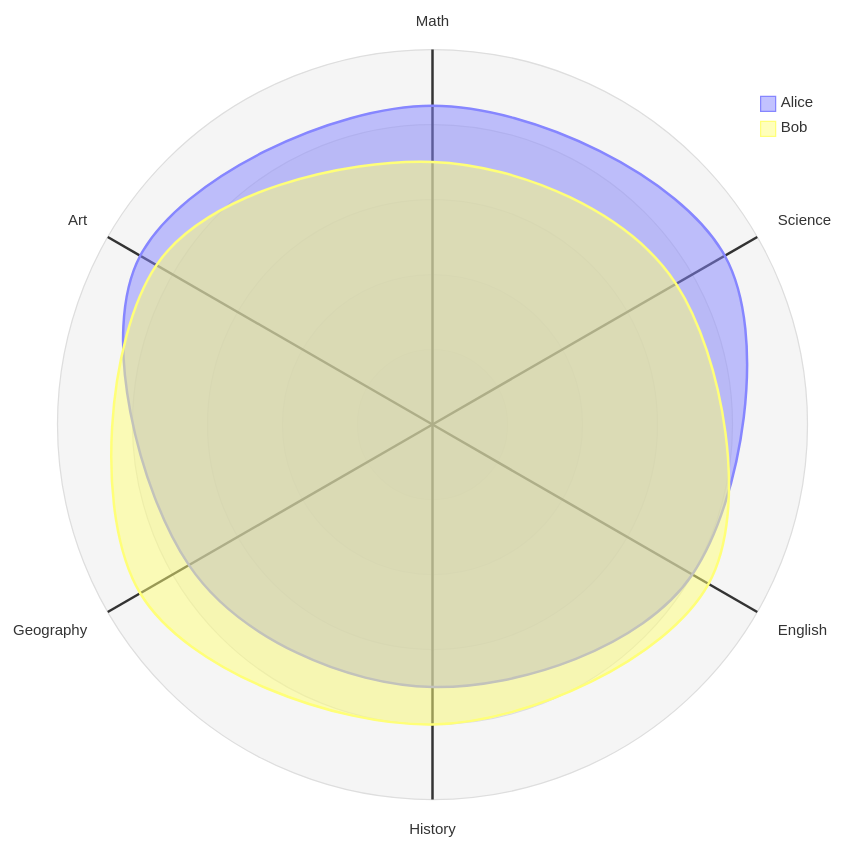
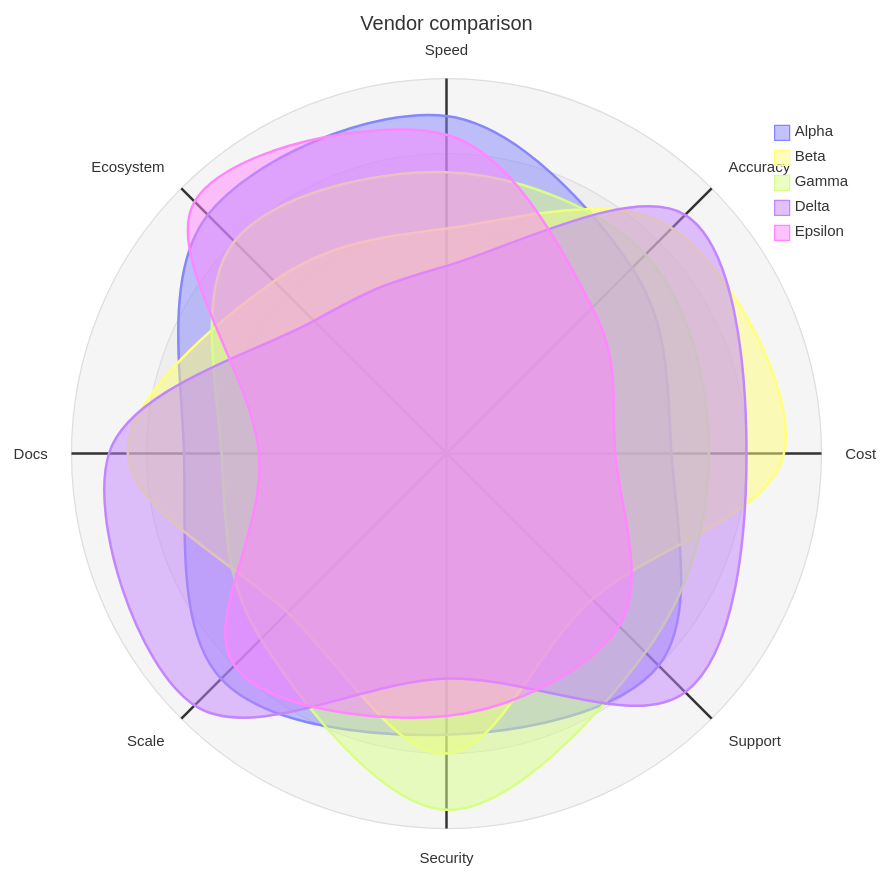
Before and after one commit to sizhky/vyasa: the ninth of 37 diagrams in vyasa manual/mermaid-diagrams.md, drawn with Mermaid. The commit also changed other lines of this file, not shown here.

Commit message:
Manual: Mermaid page covers every pele diagram type with a large example each, and describes pele theming in place of mermaid.js re-rendering

````diff
--- a/vyasa manual/mermaid-diagrams.md
+++ b/vyasa manual/mermaid-diagrams.md
@@ -347,16 +616,23 @@
 ```mermaid
 ---
 width: 85vw
 ---
----
-title: "Grades"
----
 radar-beta
-  axis m["Math"], s["Science"], e["English"]
-  axis h["History"], g["Geography"], a["Art"]
-  curve a["Alice"]{85, 90, 80, 70, 75, 90}
-  curve b["Bob"]{70, 75, 85, 80, 90, 85}
-
+  title Vendor comparison
+  axis a0["Speed"]
+  axis a1["Accuracy"]
+  axis a2["Cost"]
+  axis a3["Support"]
+  axis a4["Security"]
+  axis a5["Scale"]
+  axis a6["Docs"]
+  axis a7["Ecosystem"]
+  curve c0["Alpha"]{90, 70, 60, 80, 75, 85, 70, 90}
+  curve c1["Beta"]{60, 85, 90, 55, 80, 60, 85, 65}
+  curve c2["Gamma"]{75, 75, 70, 75, 95, 70, 60, 80}
+  curve c3["Delta"]{50, 90, 80, 90, 60, 95, 90, 50}
+  curve c4["Epsilon"]{85, 55, 45, 65, 70, 80, 50, 95}
   max 100
   min 0
+  ticks 5
 ```
````
